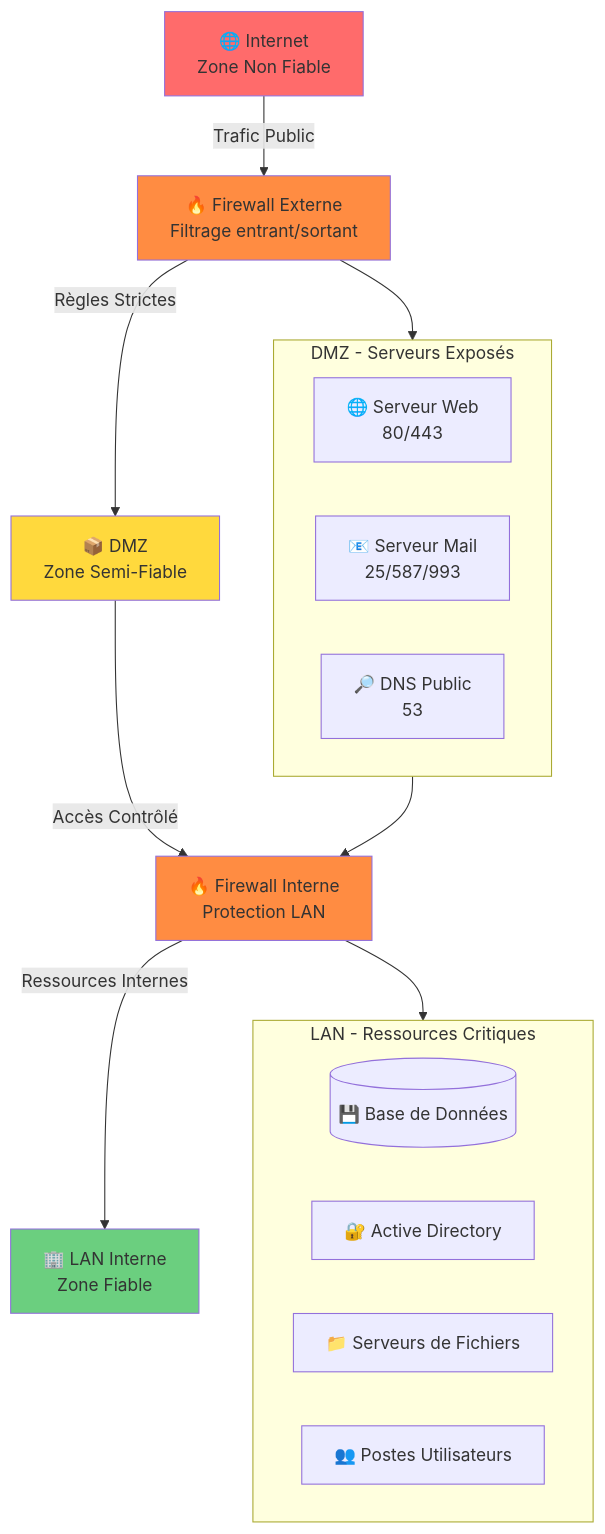
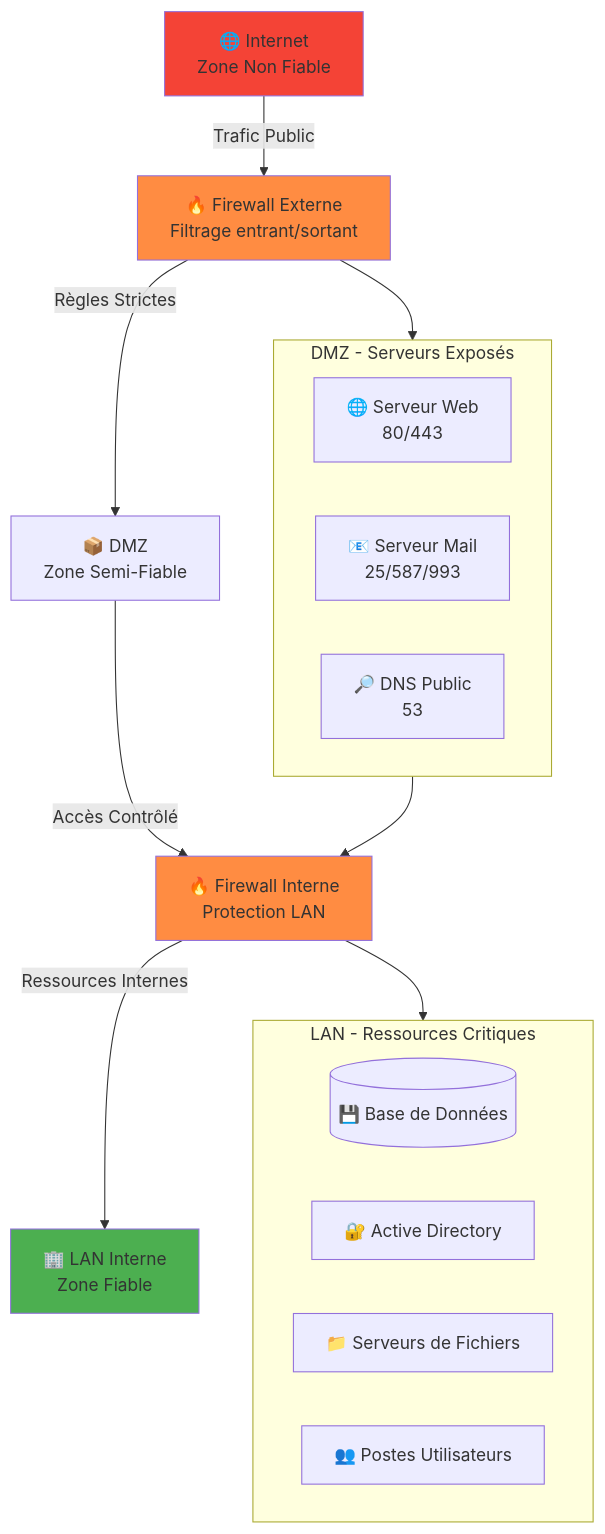
Before and after one commit to VBlackJack/ShellBook: the diagram in docs/network/fundamentals.md, drawn with Mermaid. The commit also changed other lines of this file and 337 other files, not shown here.

First line of the commit message:
refactor(docs): Standardize code blocks and Mermaid colors

````diff
--- a/docs/network/fundamentals.md
+++ b/docs/network/fundamentals.md
@@ -210,37 +210,37 @@
 ```mermaid
 flowchart TD
     Internet[🌐 Internet<br/>Zone Non Fiable]
     FW1[🔥 Firewall Externe<br/>Filtrage entrant/sortant]
     DMZ[📦 DMZ<br/>Zone Semi-Fiable]
     FW2[🔥 Firewall Interne<br/>Protection LAN]
     LAN[🏢 LAN Interne<br/>Zone Fiable]
 
     Internet -->|Trafic Public| FW1
     FW1 -->|Règles Strictes| DMZ
     DMZ -->|Accès Contrôlé| FW2
     FW2 -->|Ressources Internes| LAN
 
     subgraph DMZ_Zone[DMZ - Serveurs Exposés]
         Web[🌐 Serveur Web<br/>80/443]
         Mail[📧 Serveur Mail<br/>25/587/993]
         DNS[🔎 DNS Public<br/>53]
     end
 
     FW1 --> DMZ_Zone
     DMZ_Zone --> FW2
 
     subgraph LAN_Zone[LAN - Ressources Critiques]
         DB[(💾 Base de Données)]
         AD[🔐 Active Directory]
         FileServer[📁 Serveurs de Fichiers]
         Users[👥 Postes Utilisateurs]
     end
 
     FW2 --> LAN_Zone
 
-    style Internet fill:#ff6b6b
-    style DMZ fill:#ffd93d
-    style LAN fill:#6bcf7f
+    style Internet fill:#f44336
+    style DMZ fill:#FF9800800800
+    style LAN fill:#4CAF50
     style FW1 fill:#ff8c42
     style FW2 fill:#ff8c42
 ```
````
